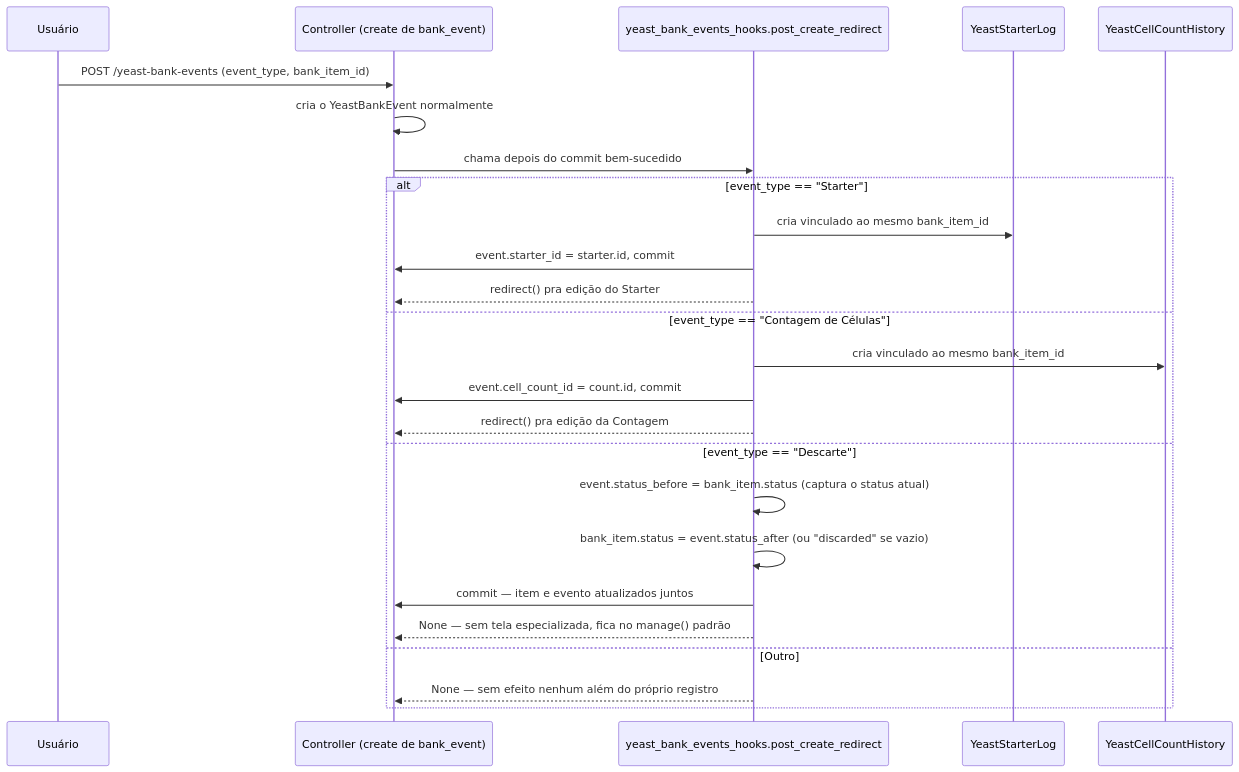
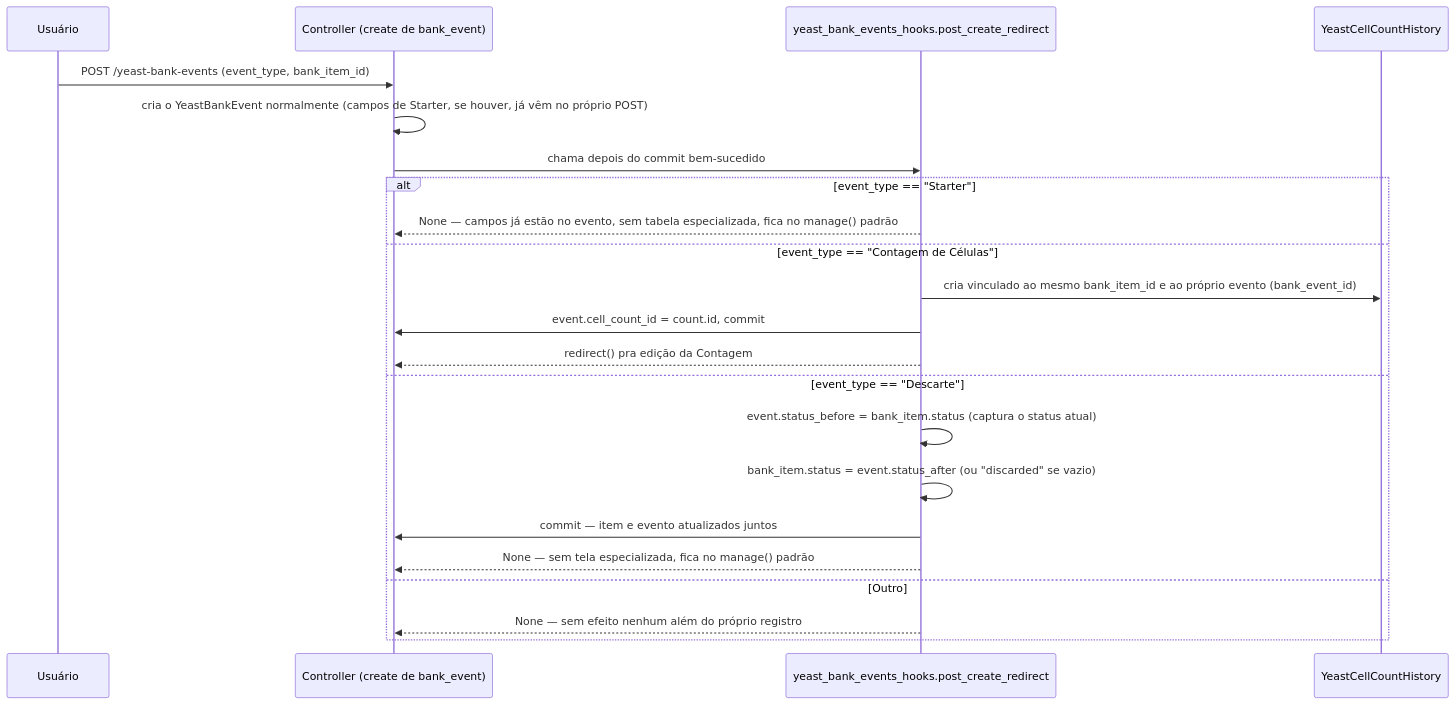
One commit to ChristopherNicolasSMM/Tesseract changed the fourth of 7 diagrams in addons/addon_brewstation/features/feature_yeast_bank/docs/technical/03-fluxos.md. Above: the diagram before and after it, drawn with Mermaid. The commit also changed other lines of this file and 41 other files, not shown here.

First line of the commit message:
feat(yeast_bank): skill 22 - funde YeastStarterLog em BankEvent + calculo de Neubauer

````diff
--- a/addons/addon_brewstation/features/feature_yeast_bank/docs/technical/03-fluxos.md
+++ b/addons/addon_brewstation/features/feature_yeast_bank/docs/technical/03-fluxos.md
@@ -65,28 +66,25 @@
 ```mermaid
 sequenceDiagram
     participant U as Usuário
     participant C as Controller (create de bank_event)
     participant H as yeast_bank_events_hooks.post_create_redirect
-    participant Starter as YeastStarterLog
     participant Count as YeastCellCountHistory
 
     U->>C: POST /yeast-bank-events (event_type, bank_item_id)
-    C->>C: cria o YeastBankEvent normalmente
+    C->>C: cria o YeastBankEvent normalmente (campos de Starter, se houver, já vêm no próprio POST)
     C->>H: chama depois do commit bem-sucedido
     alt event_type == "Starter"
-        H->>Starter: cria vinculado ao mesmo bank_item_id
-        H->>C: event.starter_id = starter.id, commit
-        H-->>C: redirect() pra edição do Starter
+        H-->>C: None — campos já estão no evento, sem tabela especializada, fica no manage() padrão
     else event_type == "Contagem de Células"
-        H->>Count: cria vinculado ao mesmo bank_item_id
+        H->>Count: cria vinculado ao mesmo bank_item_id e ao próprio evento (bank_event_id)
         H->>C: event.cell_count_id = count.id, commit
         H-->>C: redirect() pra edição da Contagem
     else event_type == "Descarte"
         H->>H: event.status_before = bank_item.status (captura o status atual)
         H->>H: bank_item.status = event.status_after (ou "discarded" se vazio)
         H->>C: commit — item e evento atualizados juntos
         H-->>C: None — sem tela especializada, fica no manage() padrão
     else Outro
         H-->>C: None — sem efeito nenhum além do próprio registro
     end
 ```
````
